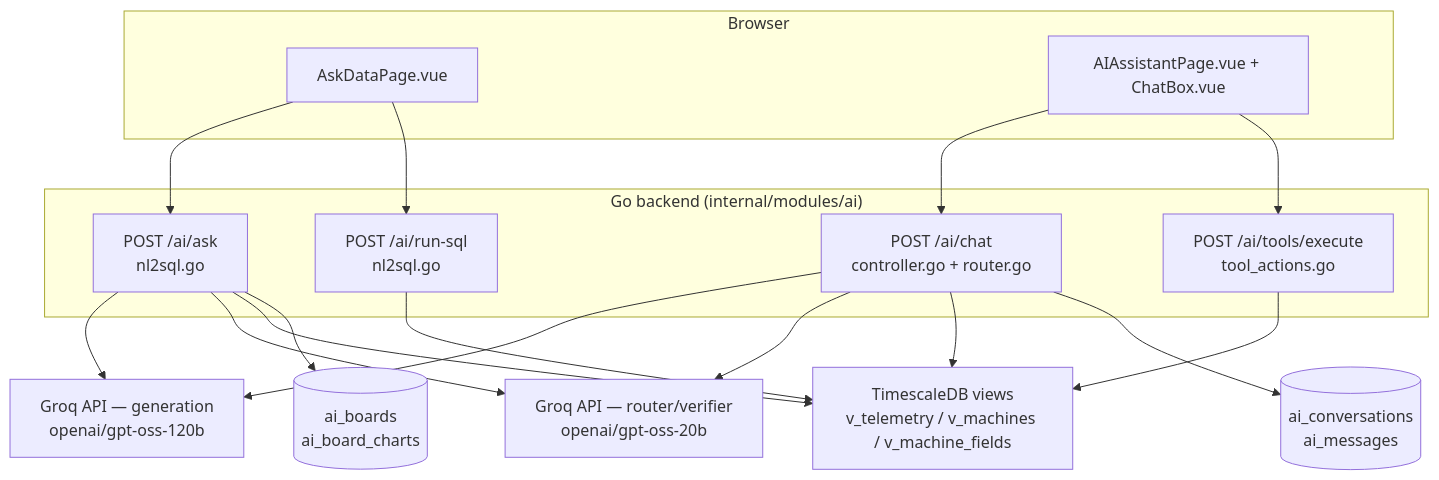
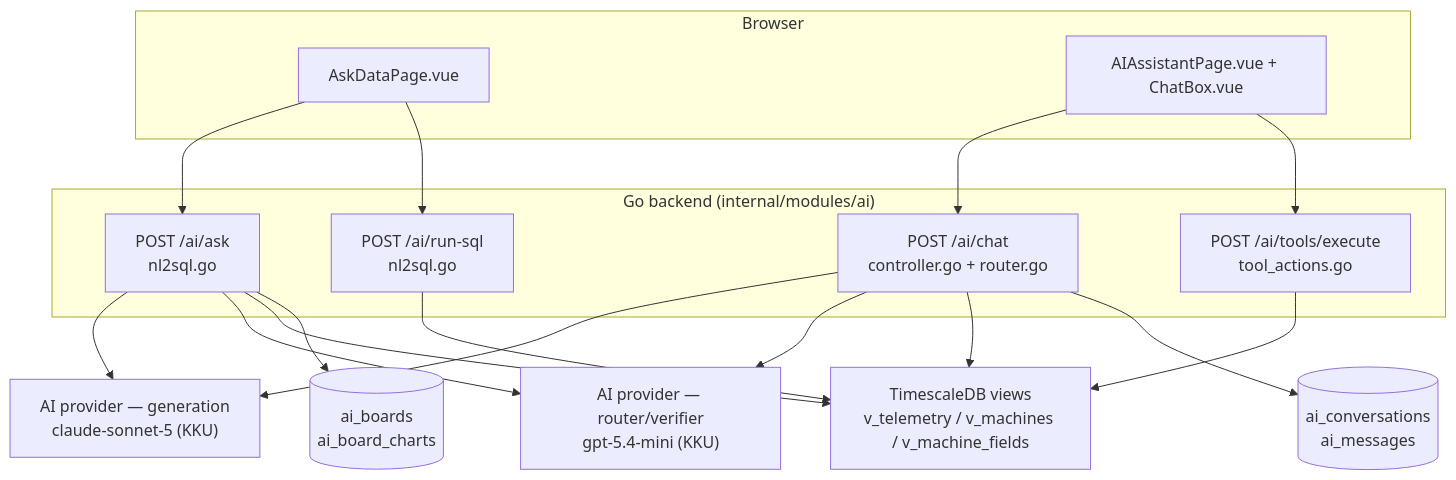
Before and after one commit to pepegummo/Project-Dashboard: the first of 5 diagrams in docs/ai-pages.md, drawn with Mermaid. The commit also changed other lines of this file and 23 other files, not shown here.

````diff
--- a/docs/ai-pages.md
+++ b/docs/ai-pages.md
@@ -33,37 +34,37 @@
 ```mermaid
 flowchart TB
   subgraph Browser
     AskPage["AskDataPage.vue"]
     ChatPage["AIAssistantPage.vue + ChatBox.vue"]
   end
 
   subgraph Backend["Go backend (internal/modules/ai)"]
     AskAPI["POST /ai/ask<br/>nl2sql.go"]
     RunSQL["POST /ai/run-sql<br/>nl2sql.go"]
     ChatAPI["POST /ai/chat<br/>controller.go + router.go"]
     ToolsExec["POST /ai/tools/execute<br/>tool_actions.go"]
   end
 
-  GroqGen["Groq API — generation<br/>openai/gpt-oss-120b"]
-  GroqSmall["Groq API — router/verifier<br/>openai/gpt-oss-20b"]
+  GroqGen["AI provider — generation<br/>claude-sonnet-5 (KKU)"]
+  GroqSmall["AI provider — router/verifier<br/>gpt-5.4-mini (KKU)"]
   TSDB["TimescaleDB views<br/>v_telemetry / v_machines / v_machine_fields"]
   Boards[("ai_boards<br/>ai_board_charts")]
   Convos[("ai_conversations<br/>ai_messages")]
 
   AskPage --> AskAPI
   AskPage --> RunSQL
   ChatPage --> ChatAPI
   ChatPage --> ToolsExec
 
   AskAPI --> GroqGen
   AskAPI --> GroqSmall
   AskAPI --> TSDB
   AskAPI --> Boards
   RunSQL --> TSDB
 
   ChatAPI --> GroqGen
   ChatAPI --> GroqSmall
   ChatAPI --> TSDB
   ChatAPI --> Convos
   ToolsExec --> TSDB
 ```
````
